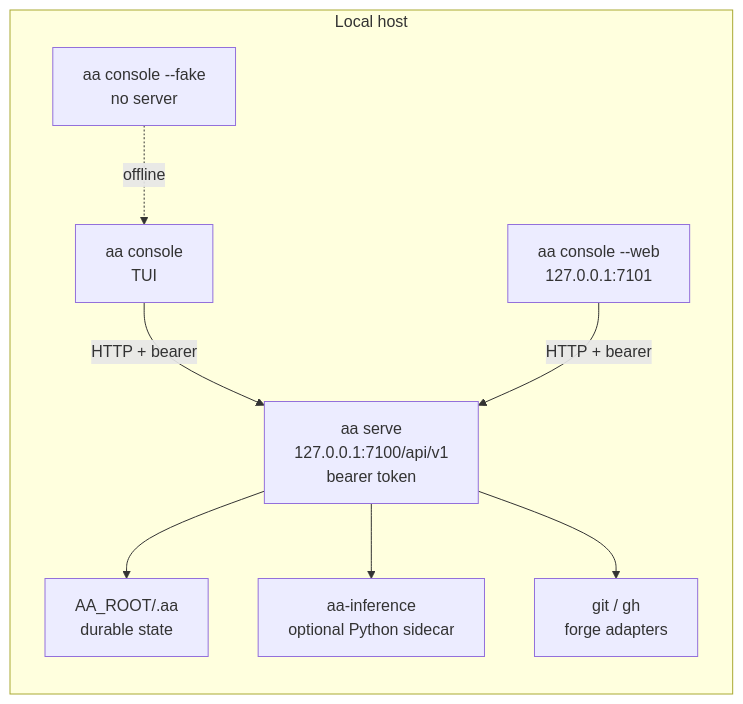
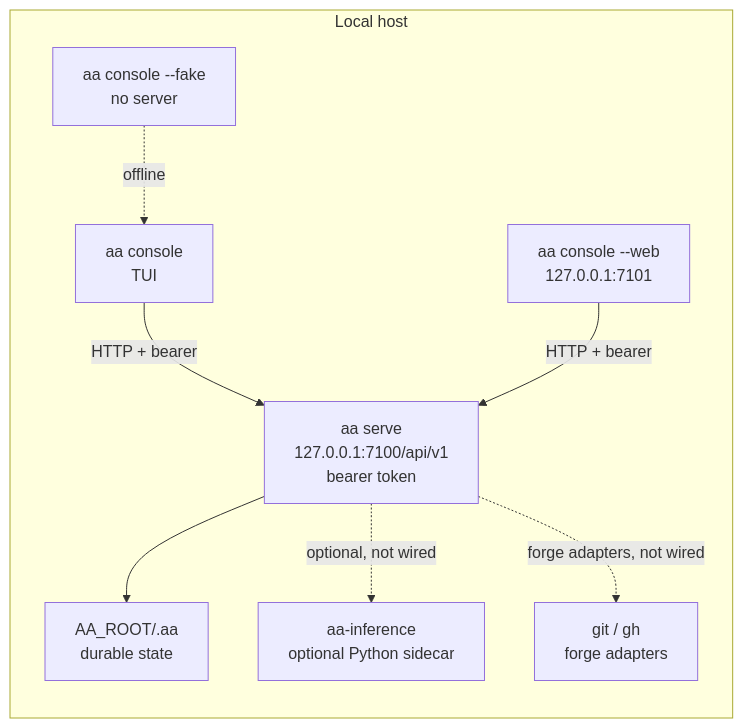
The fourth of 5 diagrams in docs/architecture/diagrams.md (greadee/aa), drawn with Mermaid before and after one commit. The commit also changed other lines of this file and 32 other files, not shown here.

````diff
--- a/docs/architecture/diagrams.md
+++ b/docs/architecture/diagrams.md
@@ -150,19 +152,19 @@
 ```mermaid
 flowchart LR
     subgraph Host["Local host"]
         serve["aa serve<br/>127.0.0.1:7100/api/v1<br/>bearer token"]
         state["AA_ROOT/.aa<br/>durable state"]
         tui["aa console<br/>TUI"]
         web["aa console --web<br/>127.0.0.1:7101"]
         fake["aa console --fake<br/>no server"]
         inference["aa-inference<br/>optional Python sidecar"]
         gh["git / gh<br/>forge adapters"]
     end
 
     tui -->|HTTP + bearer| serve
     web -->|HTTP + bearer| serve
     serve --> state
-    serve --> inference
-    serve --> gh
+    serve -.->|optional, not wired| inference
+    serve -.->|forge adapters, not wired| gh
     fake -.->|offline| tui
 ```
````
